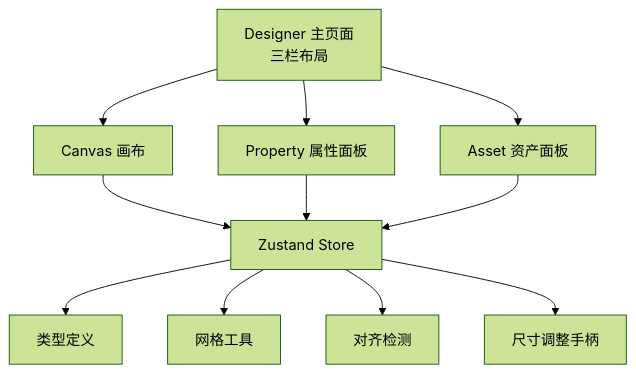
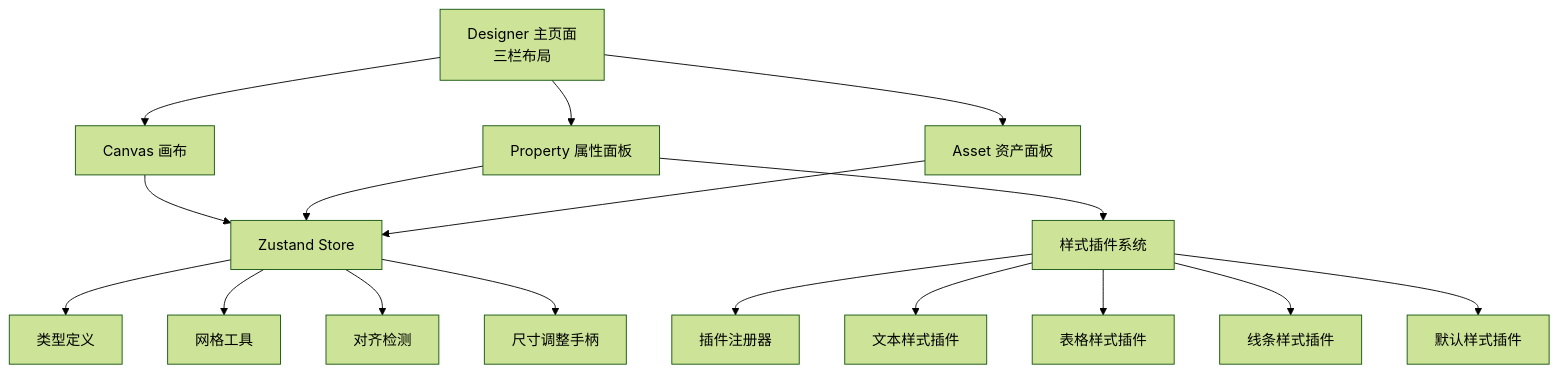
The second of 8 diagrams in .qoder/repowiki/zh/content/设计器前端应用/可视化设计界面/可视化设计界面.md (joker-yjc/printer), drawn with Mermaid (forest theme) before and after one commit. The commit also changed other lines of this file and 3 other files, not shown here.

````diff
--- a/.qoder/repowiki/zh/content/设计器前端应用/可视化设计界面/可视化设计界面.md
+++ b/.qoder/repowiki/zh/content/设计器前端应用/可视化设计界面/可视化设计界面.md
@@ -100,13 +112,19 @@
 ```mermaid
 graph TB
 UI_Designer["Designer 主页面<br/>三栏布局"] --> UI_Canvas["Canvas 画布"]
 UI_Designer --> UI_Property["Property 属性面板"]
 UI_Designer --> UI_Assets["Asset 资产面板"]
 UI_Canvas --> Store["Zustand Store"]
 UI_Property --> Store
 UI_Assets --> Store
 Store --> Types["类型定义"]
 Store --> Utils_Grid["网格工具"]
 Store --> Utils_Align["对齐检测"]
 Store --> Utils_Resize["尺寸调整手柄"]
+UI_Property --> StylePlugins["样式插件系统"]
+StylePlugins --> PluginRegistry["插件注册器"]
+StylePlugins --> TextStylePlugin["文本样式插件"]
+StylePlugins --> TableStylePlugin["表格样式插件"]
+StylePlugins --> LineStylePlugin["线条样式插件"]
+StylePlugins --> DefaultStylePlugin["默认样式插件"]
 ```
````
